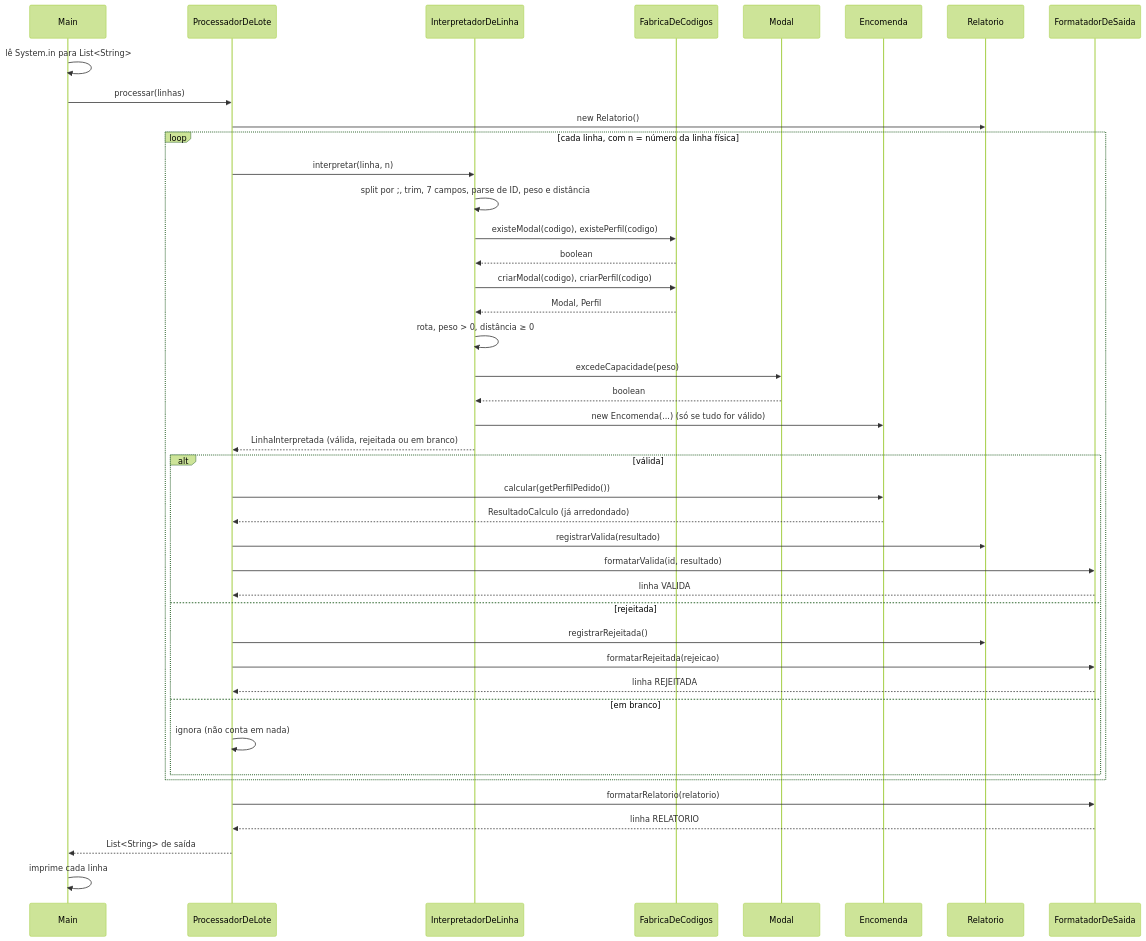
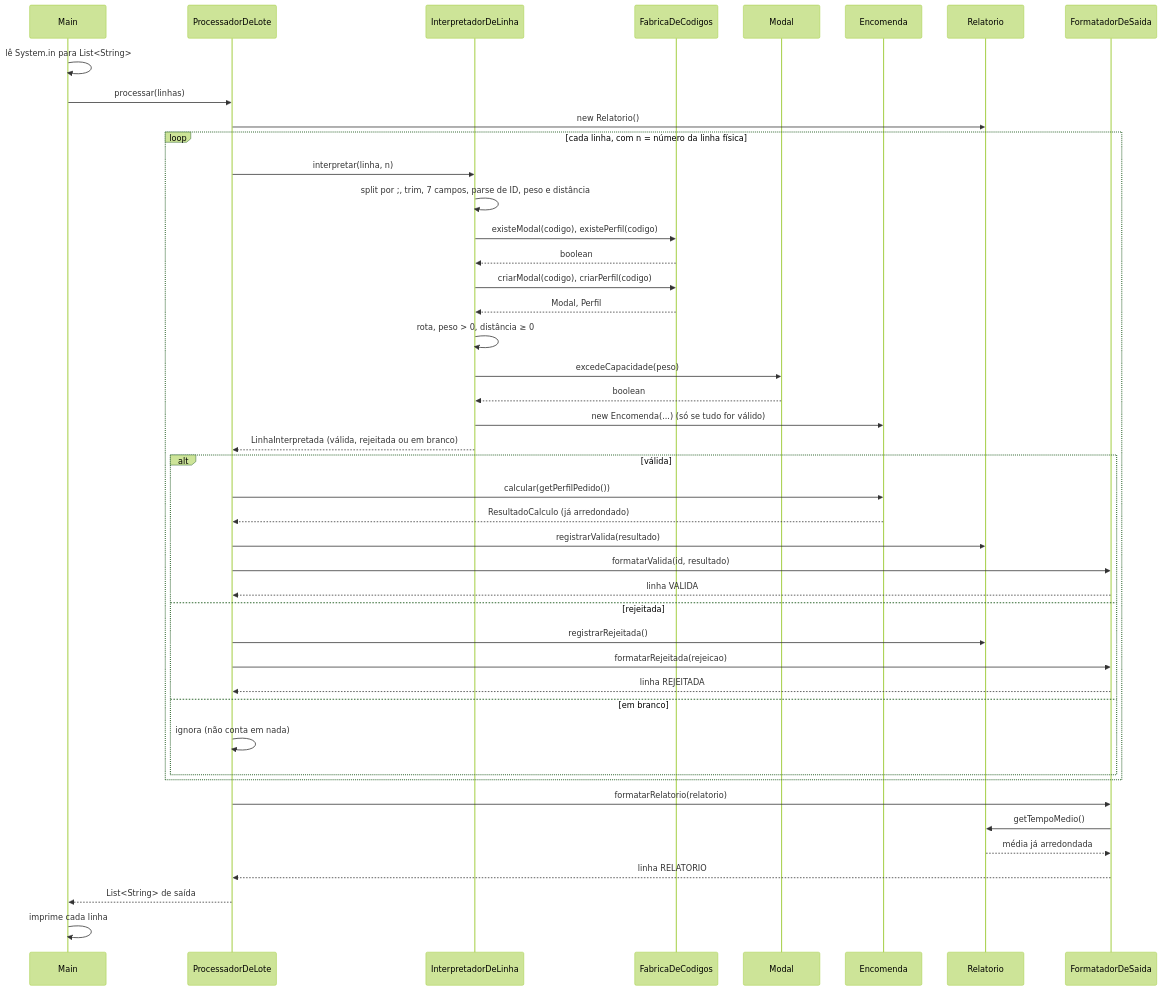
Before and after one commit to lilianeperim-ifsp/Projeto_Final_INOO: the diagram in docs/Documento_de_Projeto.md, drawn with Mermaid (forest theme). The commit also changed other lines of this file, not shown here.

````diff
--- a/docs/Documento_de_Projeto.md
+++ b/docs/Documento_de_Projeto.md
@@ -404,45 +409,47 @@
 ```mermaid
 sequenceDiagram
     participant M as Main
     participant P as ProcessadorDeLote
     participant I as InterpretadorDeLinha
     participant F as FabricaDeCodigos
     participant Mo as Modal
     participant E as Encomenda
     participant R as Relatorio
     participant S as FormatadorDeSaida
 
     M->>M: lê System.in para List#lt;String#gt;
     M->>P: processar(linhas)
     P->>R: new Relatorio()
     loop cada linha, com n = número da linha física
         P->>I: interpretar(linha, n)
         I->>I: split por #59;, trim, 7 campos, parse de ID, peso e distância
         I->>F: existeModal(codigo), existePerfil(codigo)
         F-->>I: boolean
         I->>F: criarModal(codigo), criarPerfil(codigo)
         F-->>I: Modal, Perfil
         I->>I: rota, peso > 0, distância ≥ 0
         I->>Mo: excedeCapacidade(peso)
         Mo-->>I: boolean
         I->>E: new Encomenda(...) (só se tudo for válido)
         I-->>P: LinhaInterpretada (válida, rejeitada ou em branco)
         alt válida
             P->>E: calcular(getPerfilPedido())
             E-->>P: ResultadoCalculo (já arredondado)
             P->>R: registrarValida(resultado)
             P->>S: formatarValida(id, resultado)
             S-->>P: linha VALIDA
         else rejeitada
             P->>R: registrarRejeitada()
             P->>S: formatarRejeitada(rejeicao)
             S-->>P: linha REJEITADA
         else em branco
             P->>P: ignora (não conta em nada)
         end
     end
     P->>S: formatarRelatorio(relatorio)
+    S->>R: getTempoMedio()
+    R-->>S: média já arredondada
     S-->>P: linha RELATORIO
     P-->>M: List#lt;String#gt; de saída
     M->>M: imprime cada linha
 ```
````
